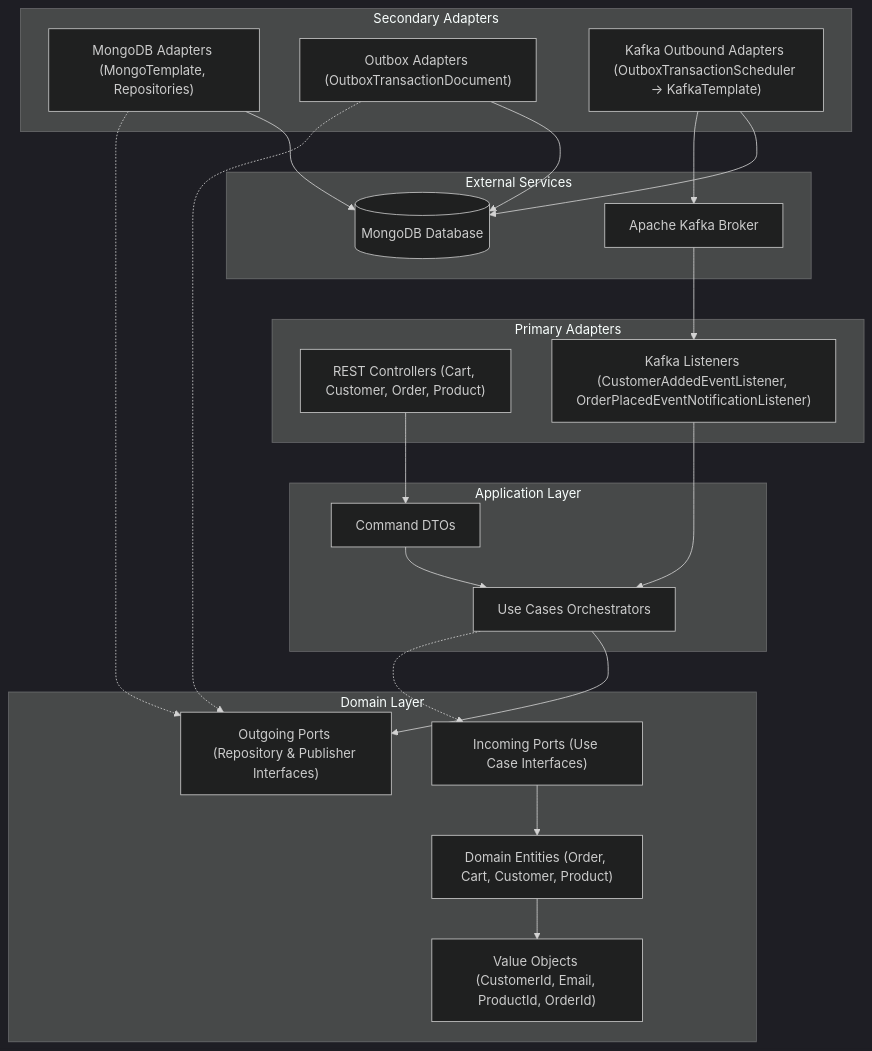
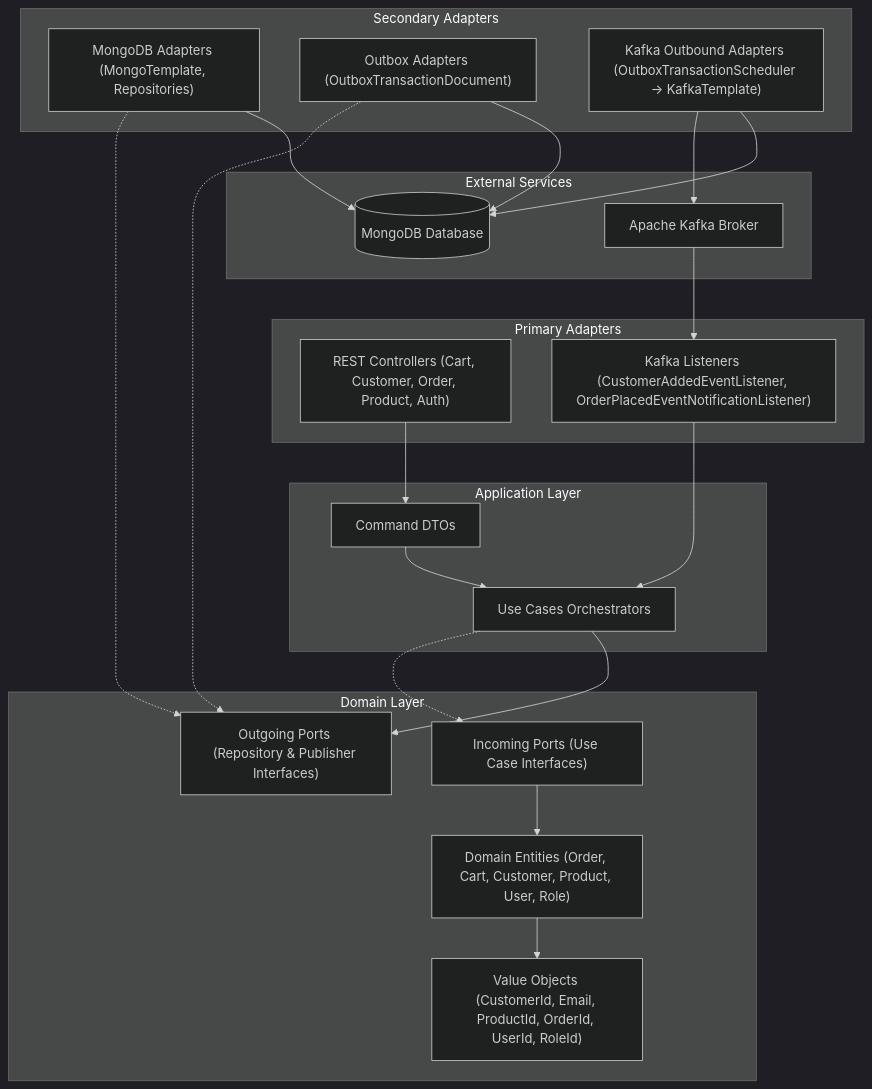
Before and after one commit to robertoDiaz/CartAI: the diagram in README.md, drawn with Mermaid (dark theme). The commit also changed other lines of this file, not shown here.

````diff
--- a/README.md
+++ b/README.md
@@ -18,56 +18,56 @@
 ```mermaid
 graph TD
     %% Primary Adapters (Incoming)
     subgraph Primary [Primary Adapters]
-        RestAPI["REST Controllers (Cart, Customer, Order, Product)"]
+        RestAPI["REST Controllers (Cart, Customer, Order, Product, Auth)"]
         KafkaListeners["Kafka Listeners (CustomerAddedEventListener, OrderPlacedEventNotificationListener)"]
     end
 
     %% Application Layer
     subgraph Application [Application Layer]
         UseCases["Use Cases Orchestrators"]
         Commands["Command DTOs"]
     end
 
     %% Core Domain
     subgraph Core [Domain Layer]
-        DomainEntities["Domain Entities (Order, Cart, Customer, Product)"]
-        ValueObjects["Value Objects (CustomerId, Email, ProductId, OrderId)"]
+        DomainEntities["Domain Entities (Order, Cart, Customer, Product, User, Role)"]
+        ValueObjects["Value Objects (CustomerId, Email, ProductId, OrderId, UserId, RoleId)"]
         PortsIn["Incoming Ports (Use Case Interfaces)"]
         PortsOut["Outgoing Ports (Repository & Publisher Interfaces)"]
     end
 
     %% Secondary Adapters (Outgoing)
     subgraph Secondary [Secondary Adapters]
         MongoAdapters["MongoDB Adapters (MongoTemplate, Repositories)"]
         OutboxAdapters["Outbox Adapters (OutboxTransactionDocument)"]
         KafkaPublishers["Kafka Outbound Adapters (OutboxTransactionScheduler -> KafkaTemplate)"]
     end
 
     %% External Infrastructure
     subgraph Infrastructure [External Services]
         MongoDB[("MongoDB Database")]
         KafkaCluster["Apache Kafka Broker"]
     end
 
     %% Connections
     RestAPI --> Commands
     Commands --> UseCases
     UseCases -.-> PortsIn
     PortsIn --> DomainEntities
     DomainEntities --> ValueObjects
     UseCases --> PortsOut
     
     MongoAdapters -.-> PortsOut
     OutboxAdapters -.-> PortsOut
     
     MongoAdapters --> MongoDB
     OutboxAdapters --> MongoDB
     
     KafkaListeners --> UseCases
     KafkaPublishers --> KafkaCluster
     KafkaCluster --> KafkaListeners
     
     %% Outbox Scheduling
     KafkaPublishers --> MongoDB
 ```
````
